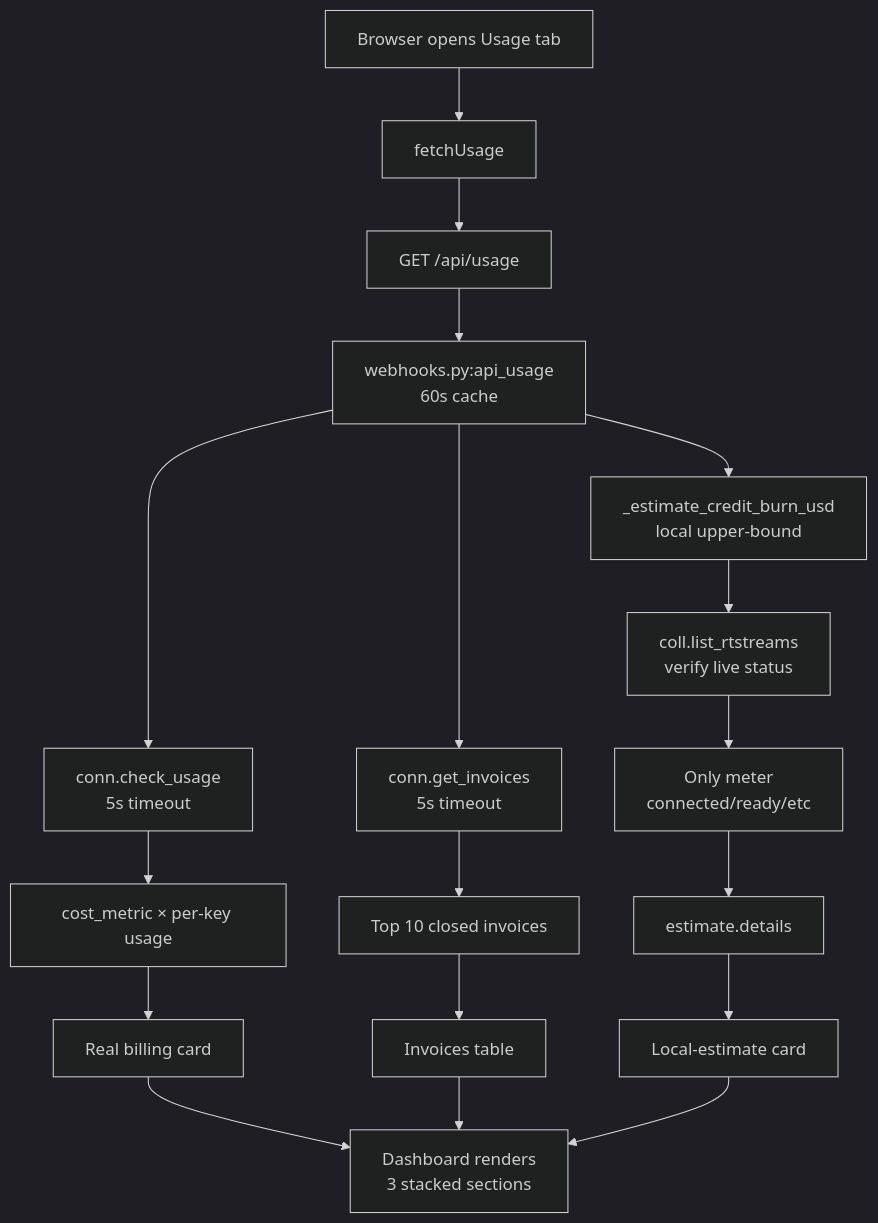
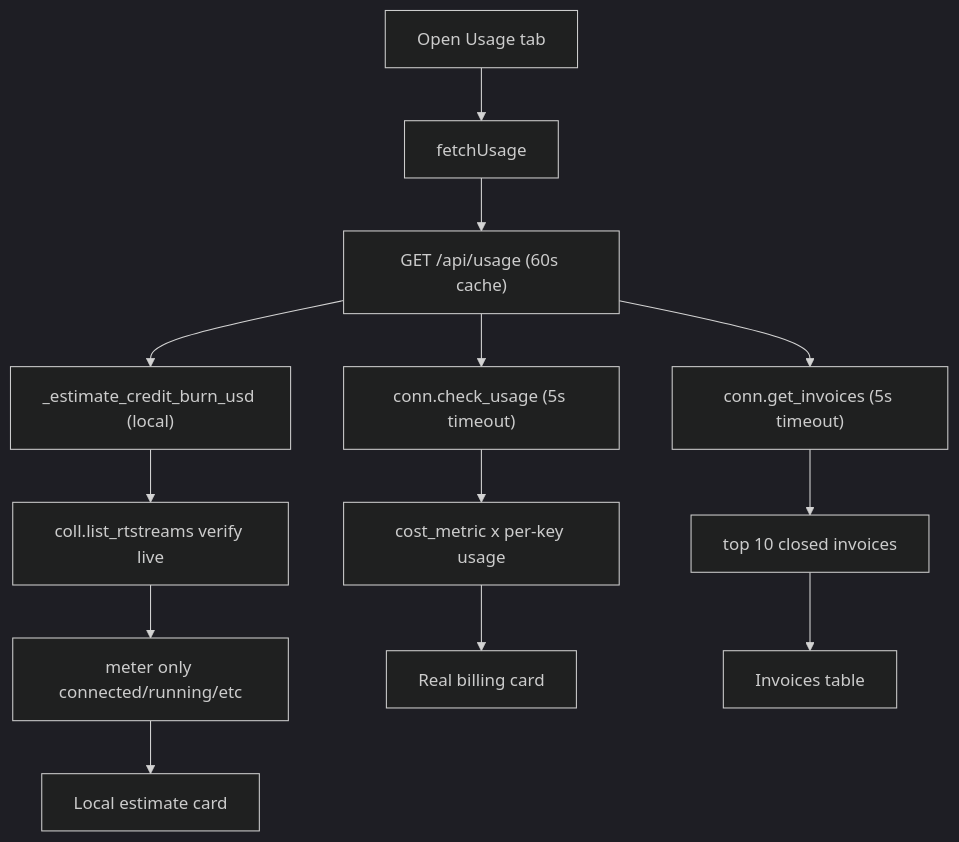
The seventh of 11 diagrams in docs/FEATURE_FLOWS.md (skalkii/wildwatch), drawn with Mermaid (dark theme) before and after one commit. The commit also changed other lines of this file and 1 other file, not shown here.

First line of the commit message:
docs: slim FEATURE_FLOWS + REPO_MAP, fix 2 broken Mermaid charts

````diff
--- a/docs/FEATURE_FLOWS.md
+++ b/docs/FEATURE_FLOWS.md
@@ -332,20 +244,15 @@
 ```mermaid
 flowchart TD
-    A[Browser opens Usage tab] --> B[fetchUsage]
-    B --> C[GET /api/usage]
-    C --> D[webhooks.py:api_usage<br/>60s cache]
-    D --> E1[_estimate_credit_burn_usd<br/>local upper-bound]
-    D --> E2[conn.check_usage<br/>5s timeout]
-    D --> E3[conn.get_invoices<br/>5s timeout]
-    E1 --> F1[coll.list_rtstreams<br/>verify live status]
-    F1 --> F2[Only meter<br/>connected/ready/etc]
-    E2 --> G[cost_metric × per-key usage]
-    E3 --> H[Top 10 closed invoices]
-    F2 --> I[estimate.details]
-    G --> J[Real billing card]
-    H --> K[Invoices table]
-    I --> L[Local-estimate card]
-    J --> M[Dashboard renders<br/>3 stacked sections]
-    K --> M
-    L --> M
+    A["Open Usage tab"] --> B["fetchUsage"]
+    B --> C["GET /api/usage (60s cache)"]
+    C --> D1["_estimate_credit_burn_usd (local)"]
+    C --> D2["conn.check_usage (5s timeout)"]
+    C --> D3["conn.get_invoices (5s timeout)"]
+    D1 --> E1["coll.list_rtstreams verify live"]
+    E1 --> E2["meter only connected/running/etc"]
+    D2 --> F["cost_metric x per-key usage"]
+    D3 --> G["top 10 closed invoices"]
+    E2 --> CARD1["Local estimate card"]
+    F --> CARD2["Real billing card"]
+    G --> CARD3["Invoices table"]
 ```
````
